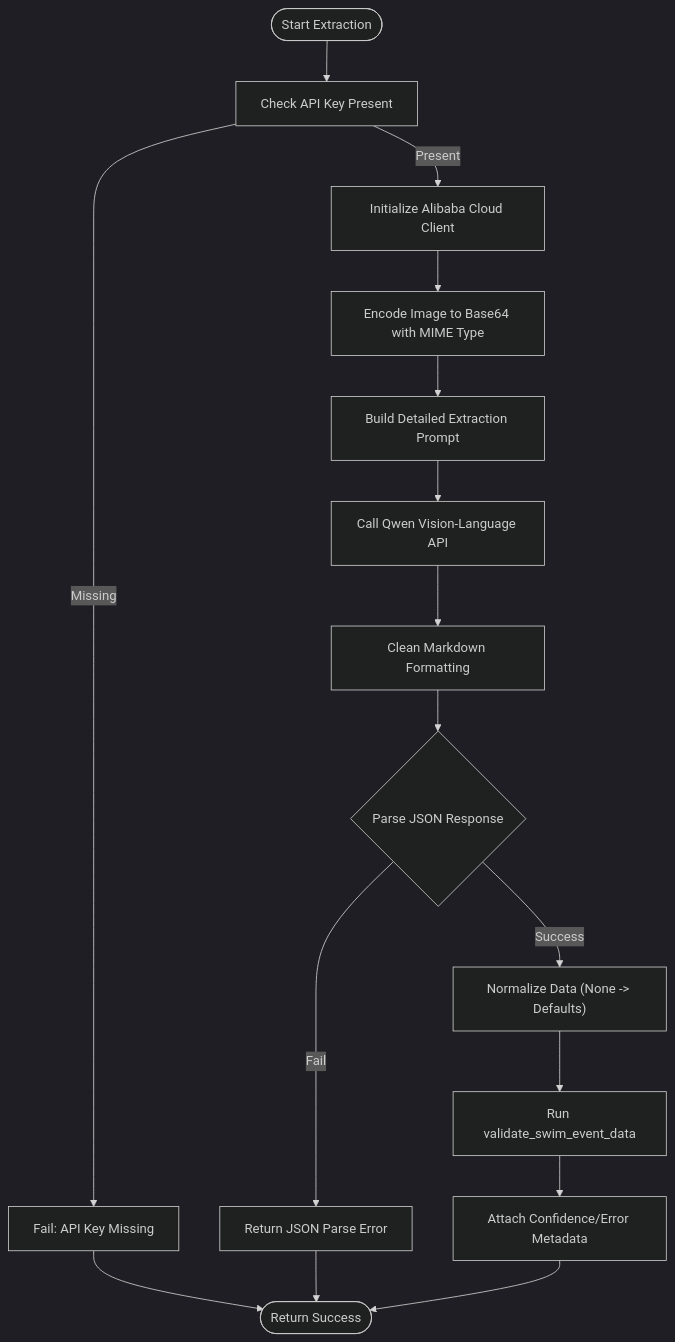
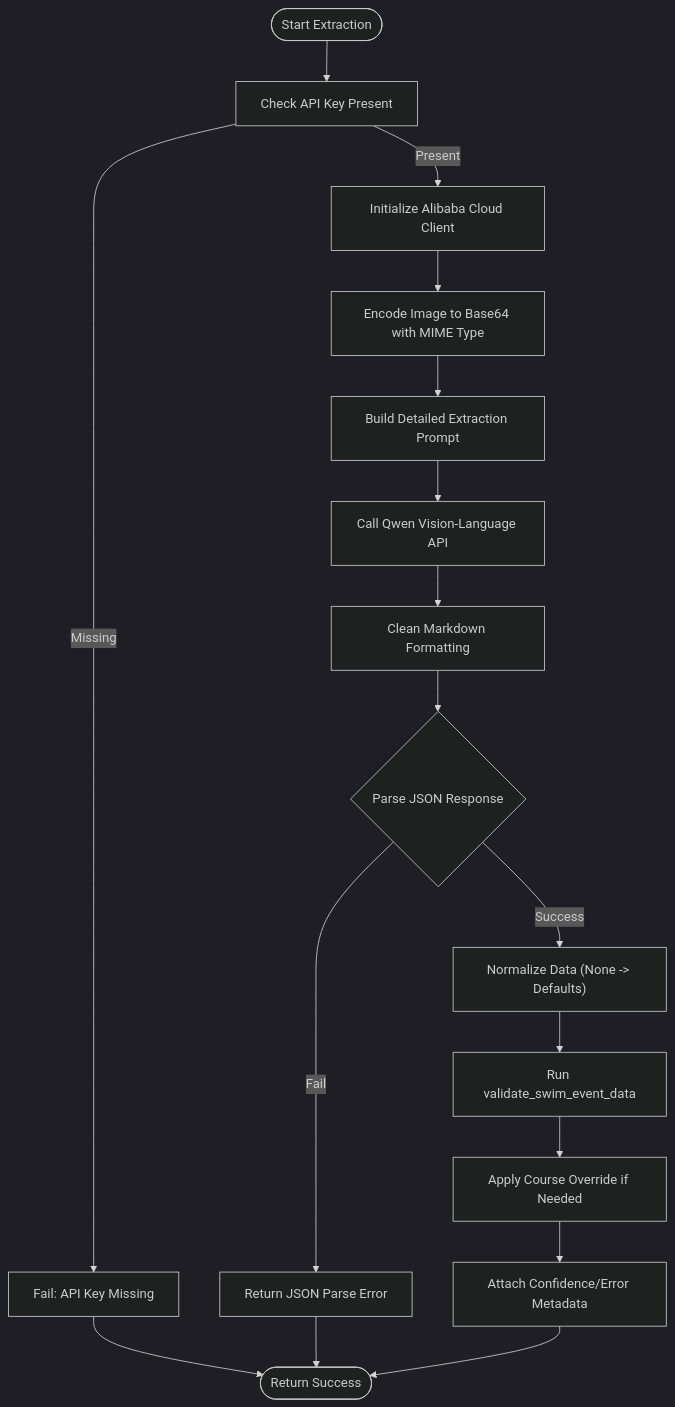
Before and after one commit to Johnny22056/SwimingStatus: the fifth of 9 diagrams in .qoder/repowiki/en/content/Feature Modules/OCR Integration.md, drawn with Mermaid (dark theme). The commit also changed other lines of this file and 4 other files, not shown here.

First line of the commit message:
feat: UI polish across all pages, icon updates, course override additions

````diff
--- a/.qoder/repowiki/en/content/Feature Modules/OCR Integration.md
+++ b/.qoder/repowiki/en/content/Feature Modules/OCR Integration.md
@@ -303,18 +334,19 @@
 ```mermaid
 flowchart TD
 Start(["Start Extraction"]) --> CheckKey["Check API Key Present"]
 CheckKey --> |Missing| FailKey["Fail: API Key Missing"]
 CheckKey --> |Present| InitClient["Initialize Alibaba Cloud Client"]
 InitClient --> Encode["Encode Image to Base64 with MIME Type"]
 Encode --> BuildPrompt["Build Detailed Extraction Prompt"]
 BuildPrompt --> CallAPI["Call Qwen Vision-Language API"]
 CallAPI --> CleanResp["Clean Markdown Formatting"]
 CleanResp --> ParseJSON{"Parse JSON Response"}
 ParseJSON --> |Fail| ParseErr["Return JSON Parse Error"]
 ParseJSON --> |Success| Normalize["Normalize Data (None -> Defaults)"]
 Normalize --> Validate["Run validate_swim_event_data"]
-Validate --> AttachMeta["Attach Confidence/Error Metadata"]
+Validate --> ApplyOverride["Apply Course Override if Needed"]
+ApplyOverride --> AttachMeta["Attach Confidence/Error Metadata"]
 AttachMeta --> Done(["Return Success"])
 FailKey --> Done
 ParseErr --> Done
 ```
````
